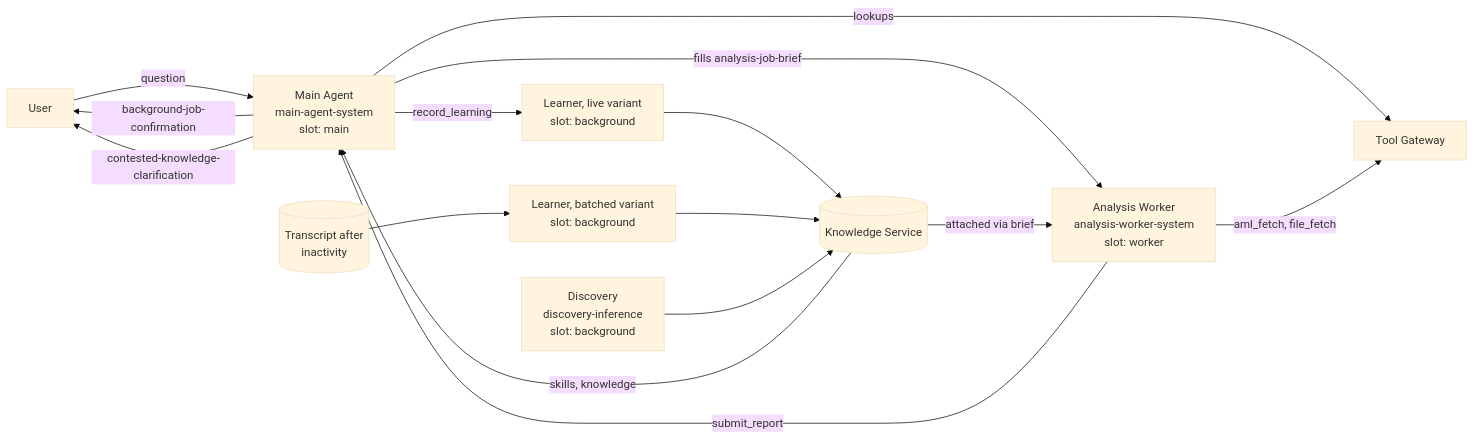
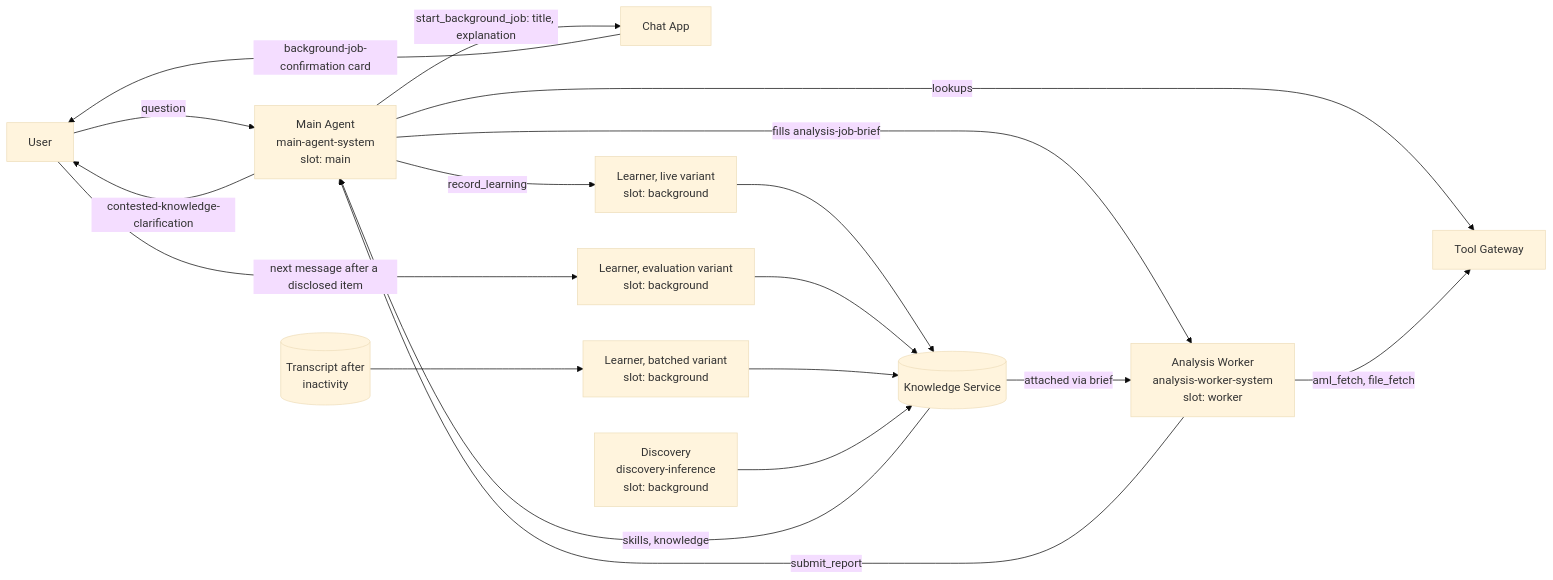
The diagram in docs/prompts/README.md (omkarbhale/aras-insight), drawn with Mermaid (base theme) before and after one commit. The commit also changed other lines of this file and 99 other files, not shown here.

````diff
--- a/docs/prompts/README.md
+++ b/docs/prompts/README.md
@@ -21,17 +21,20 @@
 ```mermaid
 flowchart LR
     U[User] -->|question| MA[Main Agent<br/>main-agent-system<br/>slot: main]
     MA -->|lookups| TG[Tool Gateway]
     MA -->|fills analysis-job-brief| AW[Analysis Worker<br/>analysis-worker-system<br/>slot: worker]
     AW -->|aml_fetch, file_fetch| TG
     AW -->|submit_report| MA
-    MA -->|background-job-confirmation| U
+    MA -->|start_background_job: title, explanation| CA[Chat App]
+    CA -->|background-job-confirmation card| U
     MA -->|contested-knowledge-clarification| U
     MA -->|record_learning| LL[Learner, live variant<br/>slot: background]
+    U -->|next message after a disclosed item| LE[Learner, evaluation variant<br/>slot: background]
     T[(Transcript after<br/>inactivity)] --> LB[Learner, batched variant<br/>slot: background]
     LL --> KS[(Knowledge Service)]
+    LE --> KS
     LB --> KS
     D[Discovery<br/>discovery-inference<br/>slot: background] --> KS
     KS -->|skills, knowledge| MA
     KS -->|attached via brief| AW
 ```
````
